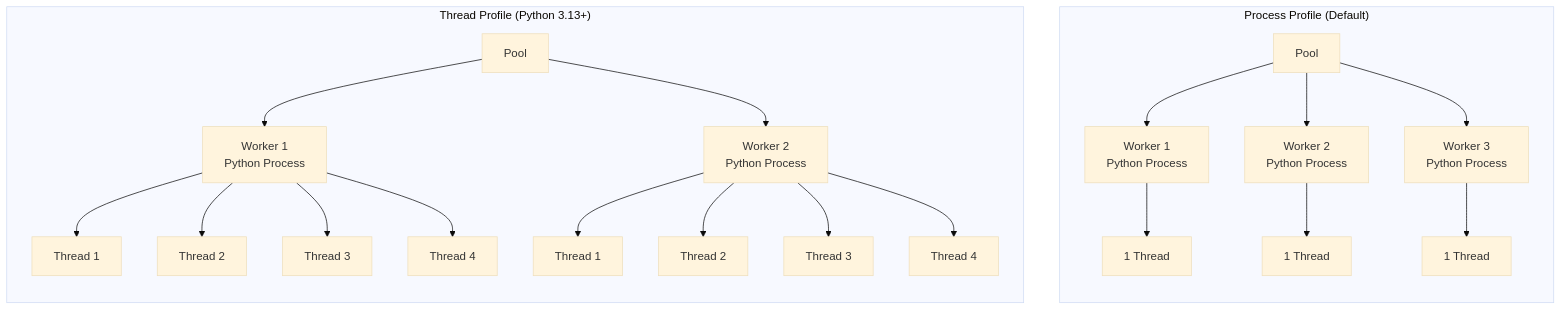
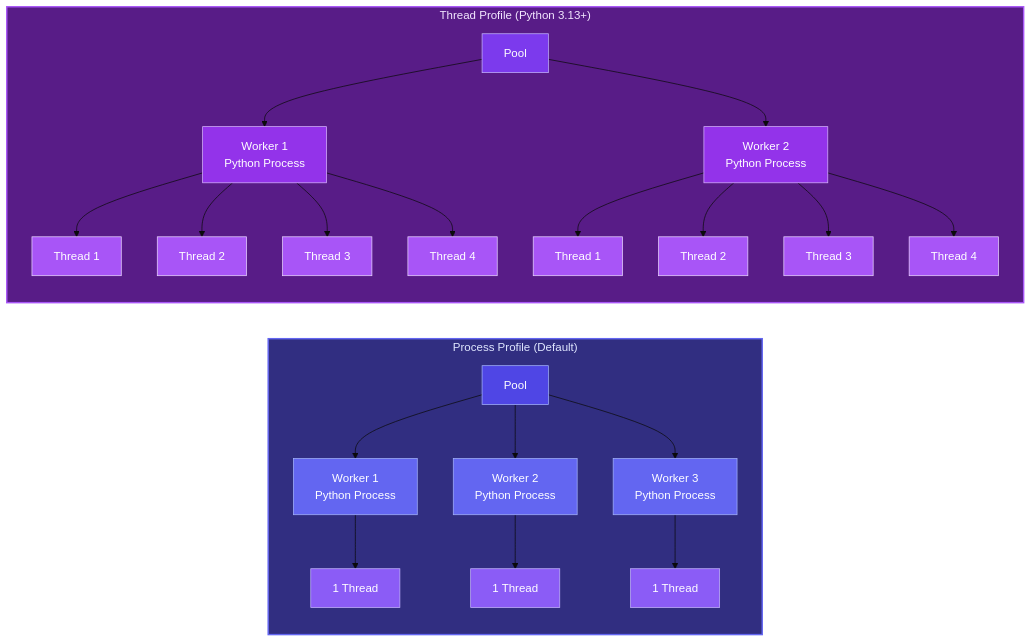
The eighth of 12 diagrams in DIAGRAMS.md (nshkrdotcom/snakepit), drawn with Mermaid (base theme) before and after one commit. The commit also changed other lines of this file and 8 other files, not shown here.

First line of the commit message:
docs: add machine learning protocols and implementation roadmap

````diff
--- a/DIAGRAMS.md
+++ b/DIAGRAMS.md
@@ -234,31 +282,57 @@
 ```mermaid
-flowchart TB
+flowchart LR
     subgraph Process["Process Profile (Default)"]
         direction TB
         PP[Pool]
         PP --> PW1[Worker 1<br/>Python Process]
         PP --> PW2[Worker 2<br/>Python Process]
         PP --> PW3[Worker 3<br/>Python Process]
 
         PW1 --> PT1[1 Thread]
         PW2 --> PT2[1 Thread]
         PW3 --> PT3[1 Thread]
     end
 
     subgraph Thread["Thread&nbsp;Profile&nbsp;(Python&nbsp;3.13+)"]
         direction TB
         TP[Pool]
         TP --> TW1[Worker 1<br/>Python Process]
         TP --> TW2[Worker 2<br/>Python Process]
 
         TW1 --> TT1[Thread 1]
         TW1 --> TT2[Thread 2]
         TW1 --> TT3[Thread 3]
         TW1 --> TT4[Thread 4]
 
         TW2 --> TT5[Thread 1]
         TW2 --> TT6[Thread 2]
         TW2 --> TT7[Thread 3]
         TW2 --> TT8[Thread 4]
     end
+
+    style Process fill:#312e81,stroke:#6366f1,stroke-width:2px,color:#e0e7ff
+    style Thread fill:#581c87,stroke:#a855f7,stroke-width:2px,color:#f3e8ff
+
+    style PP fill:#4f46e5,stroke:#a5b4fc,color:#fff
+    style TP fill:#7c3aed,stroke:#c4b5fd,color:#fff
+
+    style PW1 fill:#6366f1,stroke:#a5b4fc,color:#fff
+    style PW2 fill:#6366f1,stroke:#a5b4fc,color:#fff
+    style PW3 fill:#6366f1,stroke:#a5b4fc,color:#fff
+
+    style TW1 fill:#9333ea,stroke:#d8b4fe,color:#fff
+    style TW2 fill:#9333ea,stroke:#d8b4fe,color:#fff
+
+    style PT1 fill:#8b5cf6,stroke:#c4b5fd,color:#fff
+    style PT2 fill:#8b5cf6,stroke:#c4b5fd,color:#fff
+    style PT3 fill:#8b5cf6,stroke:#c4b5fd,color:#fff
+
+    style TT1 fill:#a855f7,stroke:#e9d5ff,color:#fff
+    style TT2 fill:#a855f7,stroke:#e9d5ff,color:#fff
+    style TT3 fill:#a855f7,stroke:#e9d5ff,color:#fff
+    style TT4 fill:#a855f7,stroke:#e9d5ff,color:#fff
+    style TT5 fill:#a855f7,stroke:#e9d5ff,color:#fff
+    style TT6 fill:#a855f7,stroke:#e9d5ff,color:#fff
+    style TT7 fill:#a855f7,stroke:#e9d5ff,color:#fff
+    style TT8 fill:#a855f7,stroke:#e9d5ff,color:#fff
 ```
````
